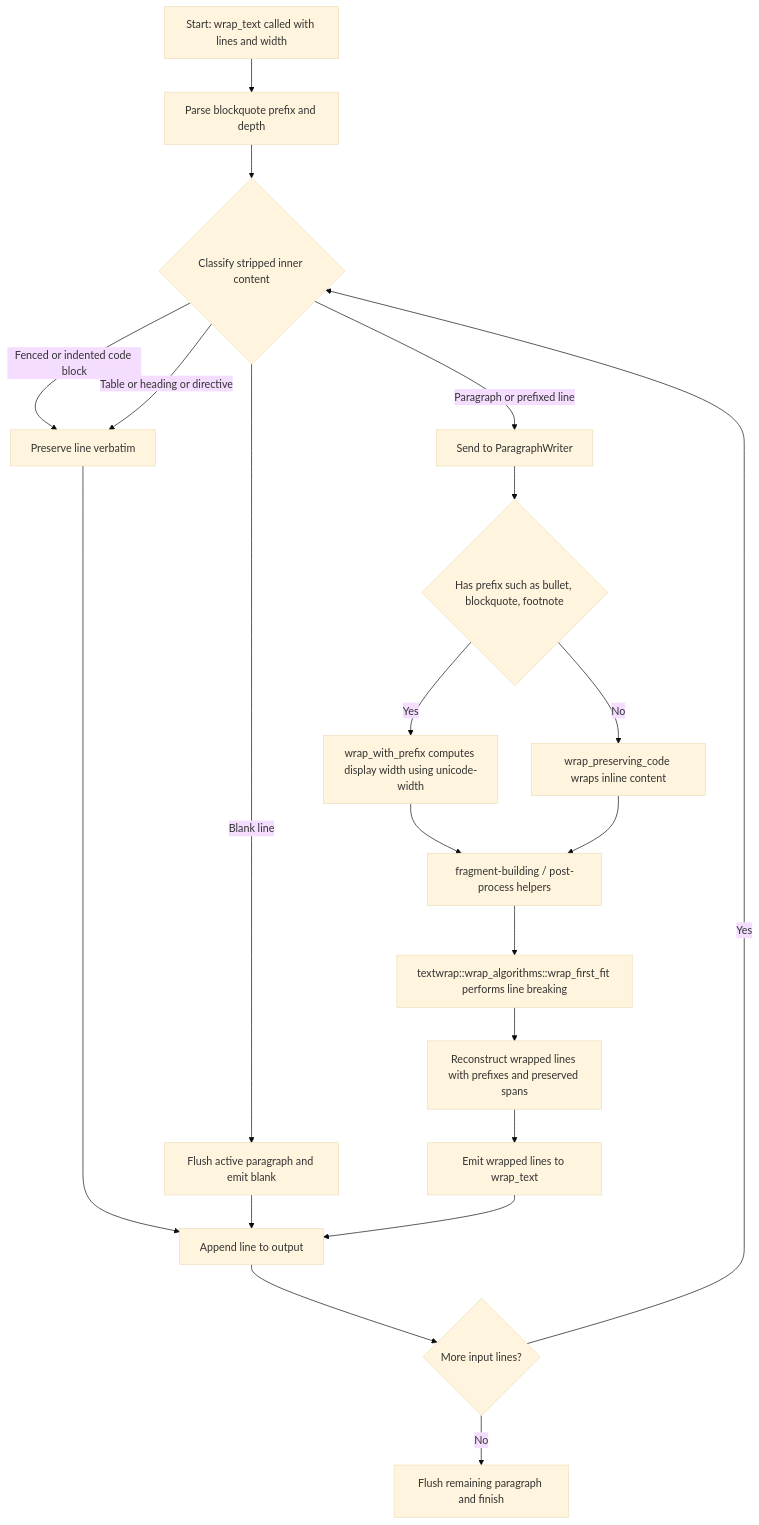
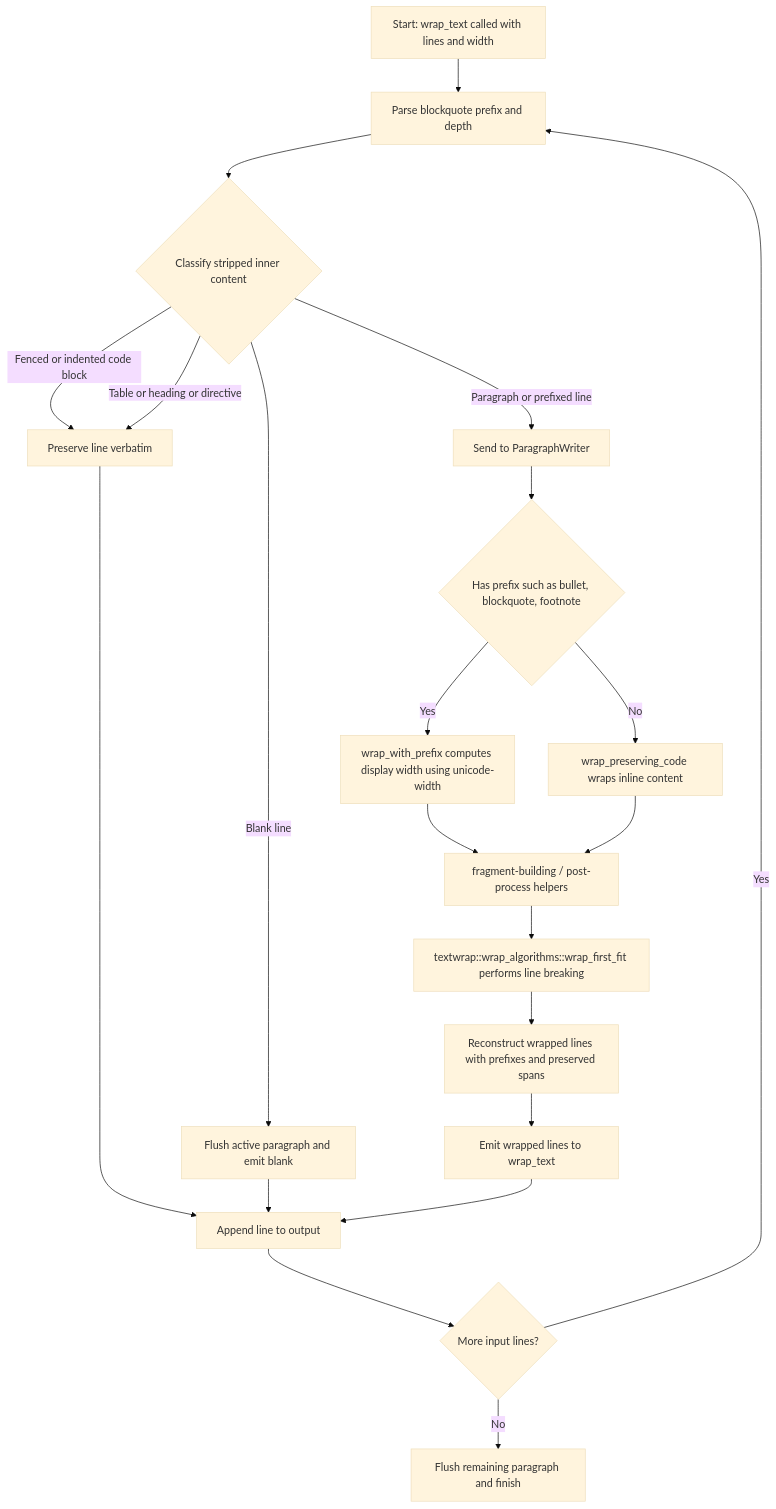
Before and after one commit to leynos/mdtablefix: the fourth of 6 diagrams in docs/architecture.md, drawn with Mermaid (base theme). The commit also changed 15 other files, not shown here.

````diff
--- a/docs/architecture.md
+++ b/docs/architecture.md
@@ -507,29 +507,29 @@
 ```mermaid
 flowchart TD
     A[Start: wrap_text called with lines and width] --> P[Parse blockquote prefix and depth]
     P --> B{Classify stripped inner content}
 
     B -->|Fenced or indented code block| C[Preserve line verbatim]
     B -->|Table or heading or directive| C
     B -->|Blank line| D[Flush active paragraph and emit blank]
     B -->|Paragraph or prefixed line| E[Send to ParagraphWriter]
 
     E --> F{Has prefix such as bullet, blockquote, footnote}
     F -->|Yes| G[wrap_with_prefix computes display width using unicode-width]
     F -->|No| H[wrap_preserving_code wraps inline content]
 
     G --> I[fragment-building / post-process helpers]
     H --> I
 
     I --> J[textwrap::wrap_algorithms::wrap_first_fit performs line breaking]
     J --> K[Reconstruct wrapped lines with prefixes and preserved spans]
     K --> L[Emit wrapped lines to wrap_text]
 
     C --> M[Append line to output]
     D --> M
     L --> M
 
     M --> N{More input lines?}
-    N -->|Yes| B
+    N -->|Yes| P
     N -->|No| O[Flush remaining paragraph and finish]
 ```
````
